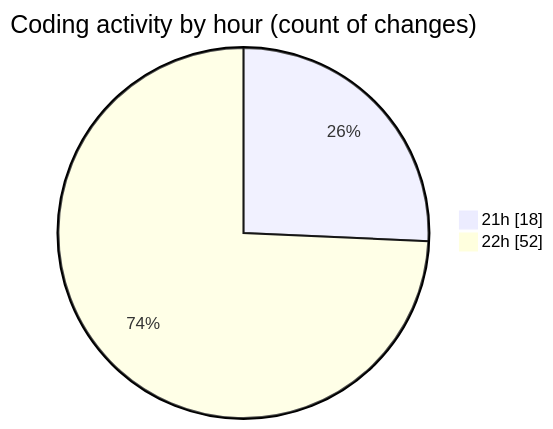
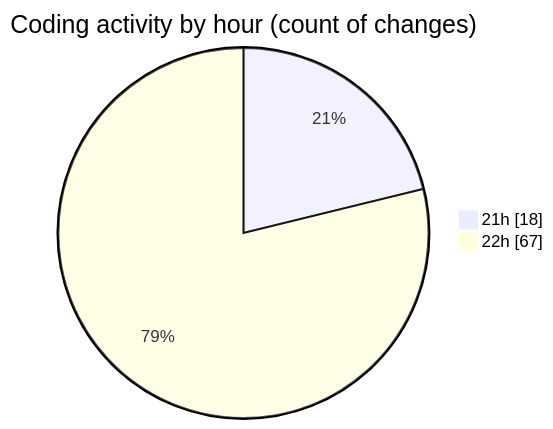
The second of 2 diagrams in 2025-12-27/rust/README.md (Ritupan-Deka/code-tracking), drawn with Mermaid before and after one commit. The commit also changed other lines of this file and 1 other file, not shown here.

````diff
--- a/2025-12-27/rust/README.md
+++ b/2025-12-27/rust/README.md
@@ -30,6 +30,6 @@
 ```mermaid
 pie showData
 title Coding activity by hour (count of changes)
 "21h" : 18
-"22h" : 52
+"22h" : 67
 ```
````
